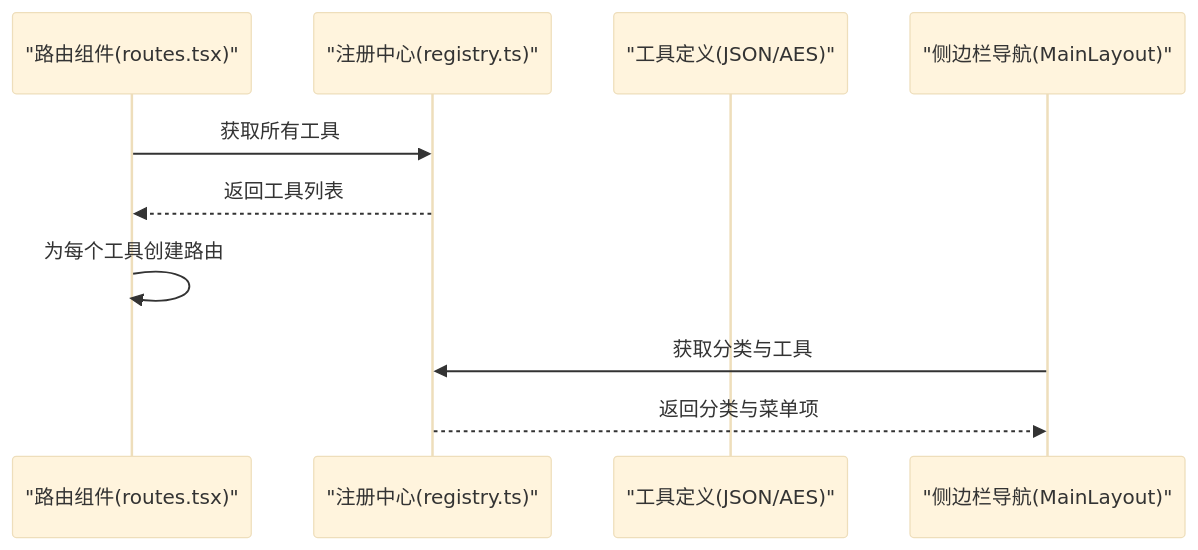
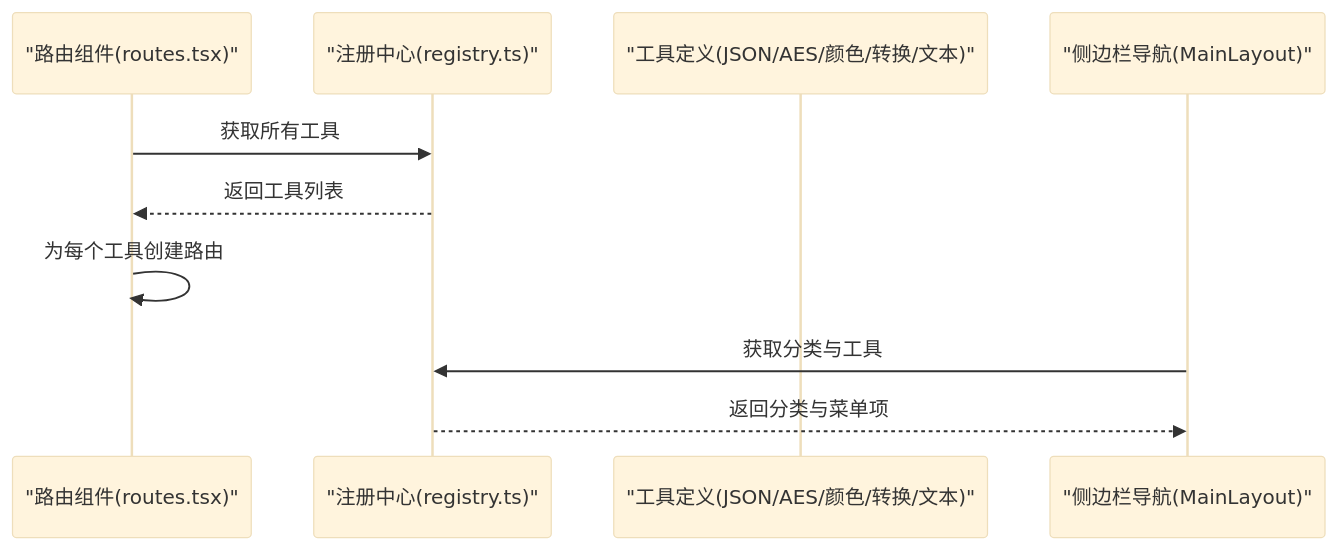
Before and after one commit to xkdaq/XKUtil: the eighth of 10 diagrams in .qoder/repowiki/zh/content/项目概述/项目概述.md, drawn with Mermaid (base theme). The commit also changed other lines of this file and 7 other files, not shown here.

````diff
--- a/.qoder/repowiki/zh/content/项目概述/项目概述.md
+++ b/.qoder/repowiki/zh/content/项目概述/项目概述.md
@@ -225,12 +350,12 @@
 ```mermaid
 sequenceDiagram
 participant R as "路由组件(routes.tsx)"
 participant Reg as "注册中心(registry.ts)"
-participant Tools as "工具定义(JSON/AES)"
+participant Tools as "工具定义(JSON/AES/颜色/转换/文本)"
 participant Nav as "侧边栏导航(MainLayout)"
 R->>Reg : 获取所有工具
 Reg-->>R : 返回工具列表
 R->>R : 为每个工具创建路由
 Nav->>Reg : 获取分类与工具
 Reg-->>Nav : 返回分类与菜单项
 ```
````
